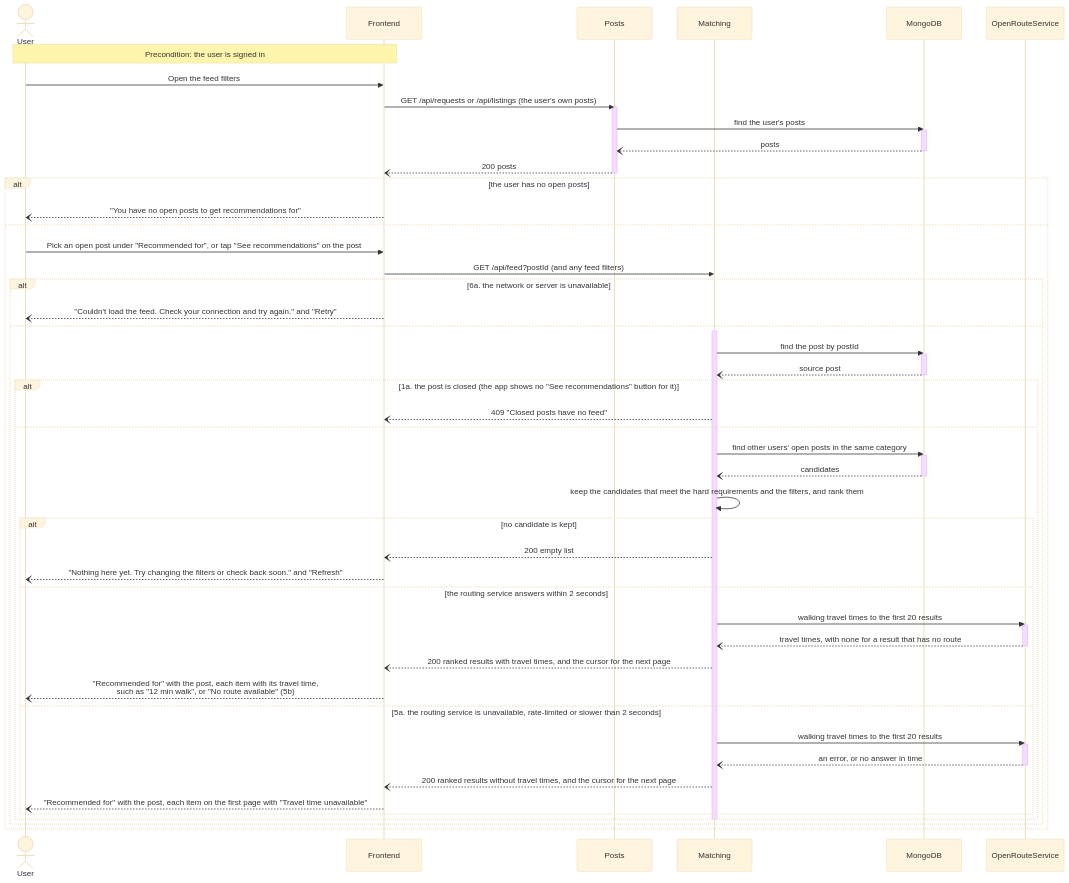
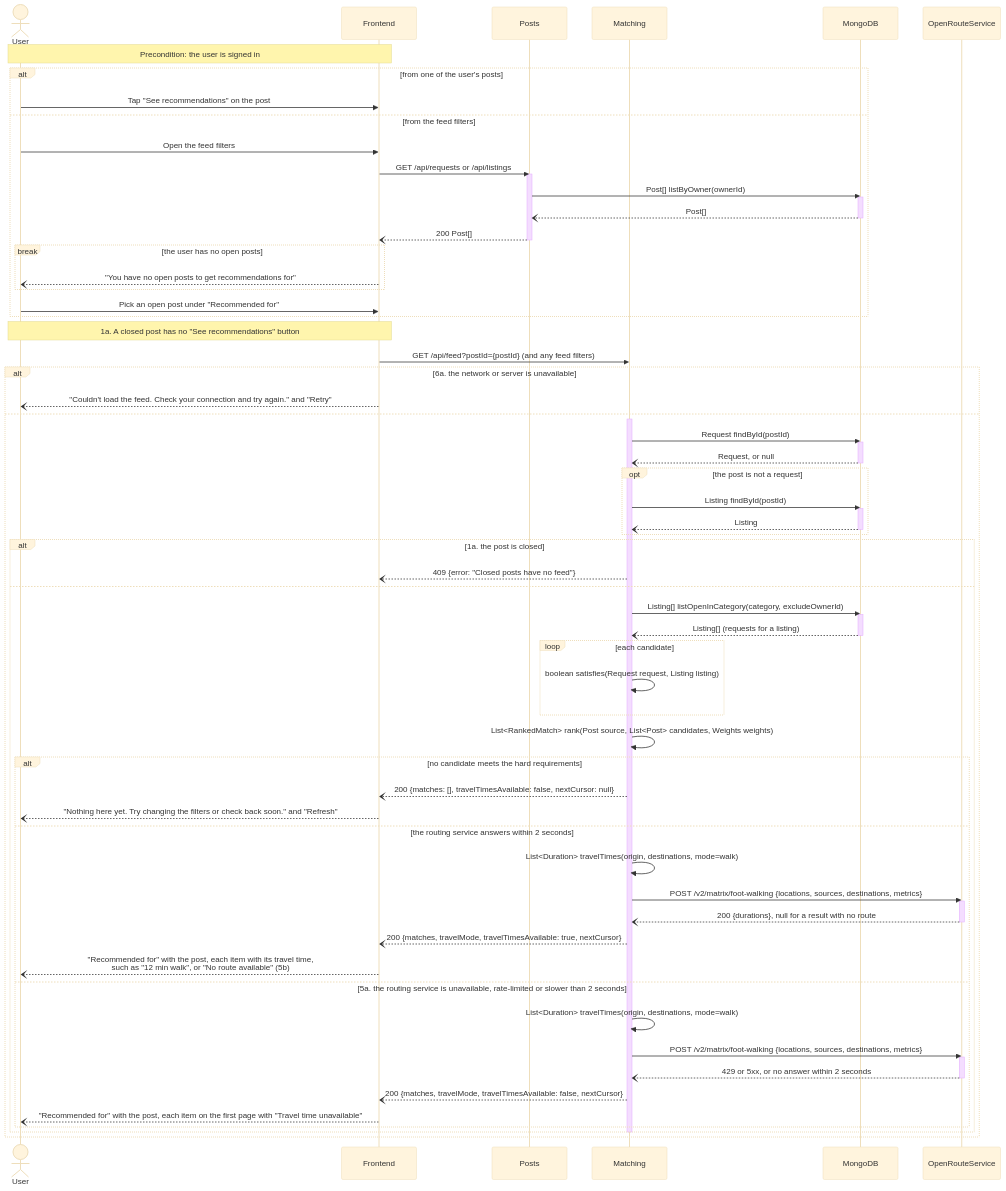
The fourth of 6 diagrams in documentation/Requirements_and_Design.md (m1lun/MatchMarket), drawn with Mermaid (base theme) before and after one commit. The commit also changed other lines of this file and 2 other files, not shown here.

First line of the commit message:
docs: show interfaces instead of descriptions in the sequence diagrams (#243)

````diff
--- a/documentation/Requirements_and_Design.md
+++ b/documentation/Requirements_and_Design.md
@@ -666,62 +735,77 @@
 ```mermaid
 sequenceDiagram
     actor U as User
     participant FE as Frontend
     participant P as Posts
     participant M as Matching
     participant DB as MongoDB
     participant ORS as OpenRouteService
     Note over U,FE: Precondition: the user is signed in
-    U->>FE: Open the feed filters
-    FE->>P: GET /api/requests or /api/listings (the user's own posts)
-    activate P
-    P->>DB: find the user's posts
-    activate DB
-    DB--)P: posts
-    deactivate DB
-    P--)FE: 200 posts
-    deactivate P
-    alt the user has no open posts
-        FE--)U: "You have no open posts to get recommendations for"
+    alt from one of the user's posts
+        U->>FE: Tap "See recommendations" on the post
+    else from the feed filters
+        U->>FE: Open the feed filters
+        FE->>P: GET /api/requests or /api/listings
+        activate P
+        P->>DB: Post[] listByOwner(ownerId)
+        activate DB
+        DB--)P: Post[]
+        deactivate DB
+        P--)FE: 200 Post[]
+        deactivate P
+        break the user has no open posts
+            FE--)U: "You have no open posts to get recommendations for"
+        end
+        U->>FE: Pick an open post under "Recommended for"
+    end
+    Note over U,FE: 1a. A closed post has no "See recommendations" button
+    FE->>M: GET /api/feed?postId={postId} (and any feed filters)
+    alt 6a. the network or server is unavailable
+        FE--)U: "Couldn't load the feed. Check your connection and try again." and "Retry"
     else
-        U->>FE: Pick an open post under "Recommended for", or tap "See recommendations" on the post
-        FE->>M: GET /api/feed?postId (and any feed filters)
-        alt 6a. the network or server is unavailable
-            FE--)U: "Couldn't load the feed. Check your connection and try again." and "Retry"
+        activate M
+        M->>DB: Request findById(postId)
+        activate DB
+        DB--)M: Request, or null
+        deactivate DB
+        opt the post is not a request
+            M->>DB: Listing findById(postId)
+            activate DB
+            DB--)M: Listing
+            deactivate DB
+        end
+        alt 1a. the post is closed
+            M--)FE: 409 {error: "Closed posts have no feed"}
         else
-            activate M
-            M->>DB: find the post by postId
+            M->>DB: Listing[] listOpenInCategory(category, excludeOwnerId)
             activate DB
-            DB--)M: source post
+            DB--)M: Listing[] (requests for a listing)
             deactivate DB
-            alt 1a. the post is closed (the app shows no "See recommendations" button for it)
-                M--)FE: 409 "Closed posts have no feed"
-            else
-                M->>DB: find other users' open posts in the same category
-                activate DB
-                DB--)M: candidates
-                deactivate DB
-                M->>M: keep the candidates that meet the hard requirements and the filters, and rank them
-                alt no candidate is kept
-                    M--)FE: 200 empty list
-                    FE--)U: "Nothing here yet. Try changing the filters or check back soon." and "Refresh"
-                else the routing service answers within 2 seconds
-                    M->>ORS: walking travel times to the first 20 results
-                    activate ORS
-                    ORS--)M: travel times, with none for a result that has no route
-                    deactivate ORS
-                    M--)FE: 200 ranked results with travel times, and the cursor for the next page
-                    FE--)U: "Recommended for" with the post, each item with its travel time,<br/>such as "12 min walk", or "No route available" (5b)
-                else 5a. the routing service is unavailable, rate-limited or slower than 2 seconds
-                    M->>ORS: walking travel times to the first 20 results
-                    activate ORS
-                    ORS--)M: an error, or no answer in time
-                    deactivate ORS
-                    M--)FE: 200 ranked results without travel times, and the cursor for the next page
-                    FE--)U: "Recommended for" with the post, each item on the first page with "Travel time unavailable"
-                end
+            loop each candidate
+                M->>M: boolean satisfies(Request request, Listing listing)
             end
-            deactivate M
+            M->>M: List#lt;RankedMatch#gt; rank(Post source, List#lt;Post#gt; candidates, Weights weights)
+            alt no candidate meets the hard requirements
+                M--)FE: 200 {matches: [], travelTimesAvailable: false, nextCursor: null}
+                FE--)U: "Nothing here yet. Try changing the filters or check back soon." and "Refresh"
+            else the routing service answers within 2 seconds
+                M->>M: List#lt;Duration#gt; travelTimes(origin, destinations, mode=walk)
+                M->>ORS: POST /v2/matrix/foot-walking {locations, sources, destinations, metrics}
+                activate ORS
+                ORS--)M: 200 {durations}, null for a result with no route
+                deactivate ORS
+                M--)FE: 200 {matches, travelMode, travelTimesAvailable: true, nextCursor}
+                FE--)U: "Recommended for" with the post, each item with its travel time,<br/>such as "12 min walk", or "No route available" (5b)
+            else 5a. the routing service is unavailable, rate-limited or slower than 2 seconds
+                M->>M: List#lt;Duration#gt; travelTimes(origin, destinations, mode=walk)
+                M->>ORS: POST /v2/matrix/foot-walking {locations, sources, destinations, metrics}
+                activate ORS
+                ORS--)M: 429 or 5xx, or no answer within 2 seconds
+                deactivate ORS
+                M--)FE: 200 {matches, travelMode, travelTimesAvailable: false, nextCursor}
+                FE--)U: "Recommended for" with the post, each item on the first page with "Travel time unavailable"
+            end
         end
+        deactivate M
     end
 ```
````
